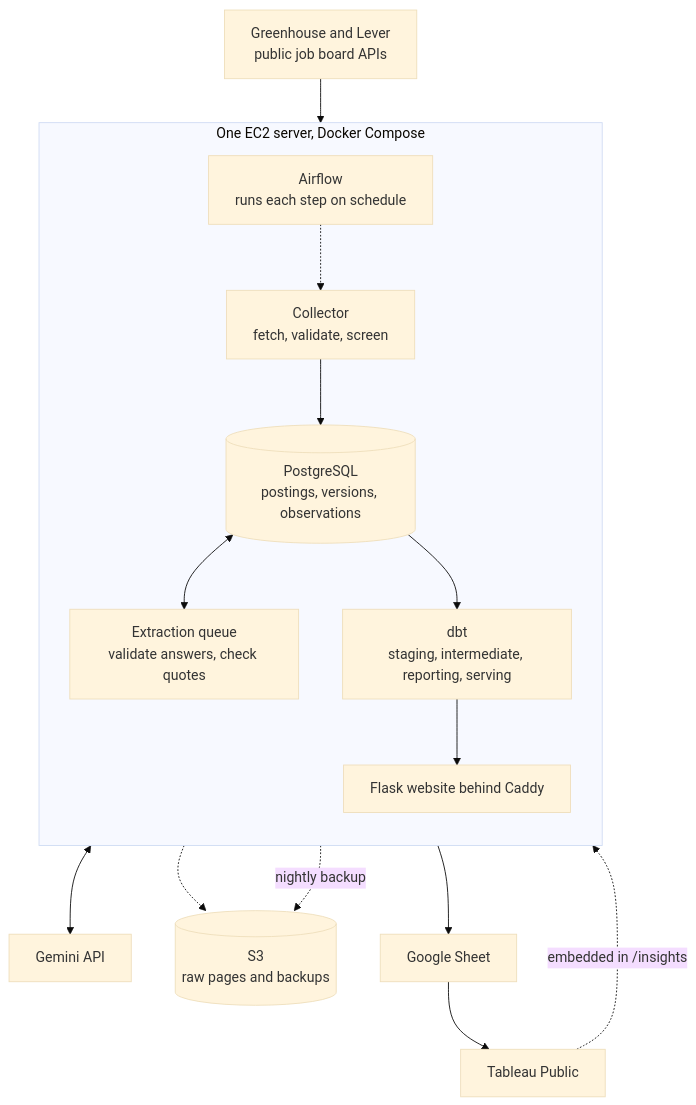
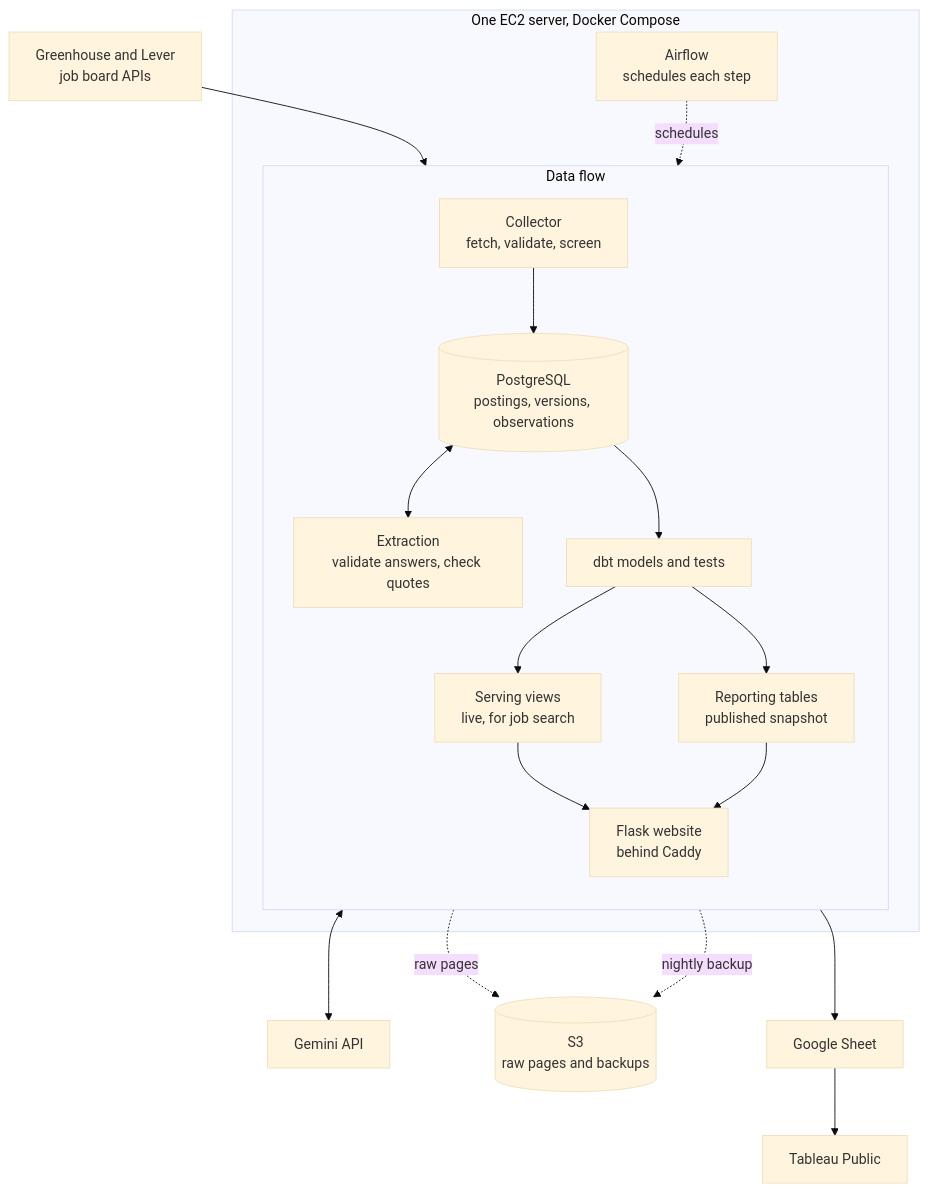
One commit to Niyog59/Job-Market-Intelligence changed the diagram in README.md. Above: the diagram before and after it, drawn with Mermaid (base theme). The commit also changed other lines of this file, not shown here.

````diff
--- a/README.md
+++ b/README.md
@@ -94,30 +46,36 @@
 ```mermaid
 flowchart TB
-    boards["Greenhouse and Lever<br/>public job board APIs"]
+    boards["Greenhouse and Lever<br/>job board APIs"]
     subgraph ec2["One EC2 server, Docker Compose"]
-        direction TB
-        af["Airflow<br/>runs each step on schedule"]
-        col["Collector<br/>fetch, validate, screen"]
-        pg[("PostgreSQL<br/>postings, versions, observations")]
-        ex["Extraction queue<br/>validate answers, check quotes"]
-        dbt["dbt<br/>staging, intermediate, reporting, serving"]
-        web["Flask website behind Caddy"]
+        af["Airflow<br/>schedules each step"]
+        subgraph flow["Data flow"]
+            direction TB
+            col["Collector<br/>fetch, validate, screen"]
+            pg[("PostgreSQL<br/>postings, versions, observations")]
+            ex["Extraction<br/>validate answers, check quotes"]
+            dbt["dbt models and tests"]
+            srv["Serving views<br/>live, for job search"]
+            rpt["Reporting tables<br/>published snapshot"]
+            web["Flask website<br/>behind Caddy"]
+        end
     end
     gem["Gemini API"]
     s3[("S3<br/>raw pages and backups")]
     sheet["Google Sheet"]
     tab["Tableau Public"]
 
     boards --> col
-    af -.-> col
     col --> pg
-    col -.-> s3
     pg <--> ex
     ex <--> gem
     pg --> dbt
-    dbt --> web
-    dbt --> sheet
+    dbt --> srv
+    dbt --> rpt
+    srv --> web
+    rpt --> web
+    rpt --> sheet
     sheet --> tab
-    tab -. embedded in /insights .-> web
+    col -. raw pages .-> s3
     pg -. nightly backup .-> s3
+    af -. schedules .-> flow
 ```
````
